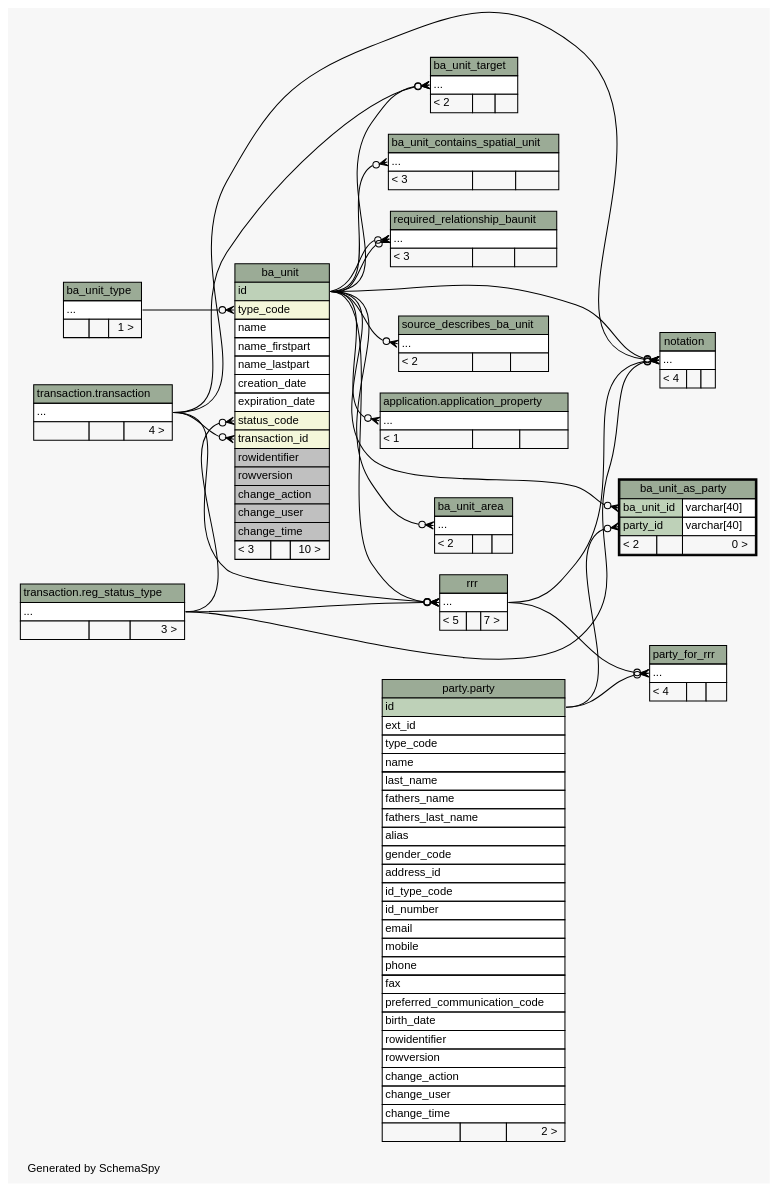
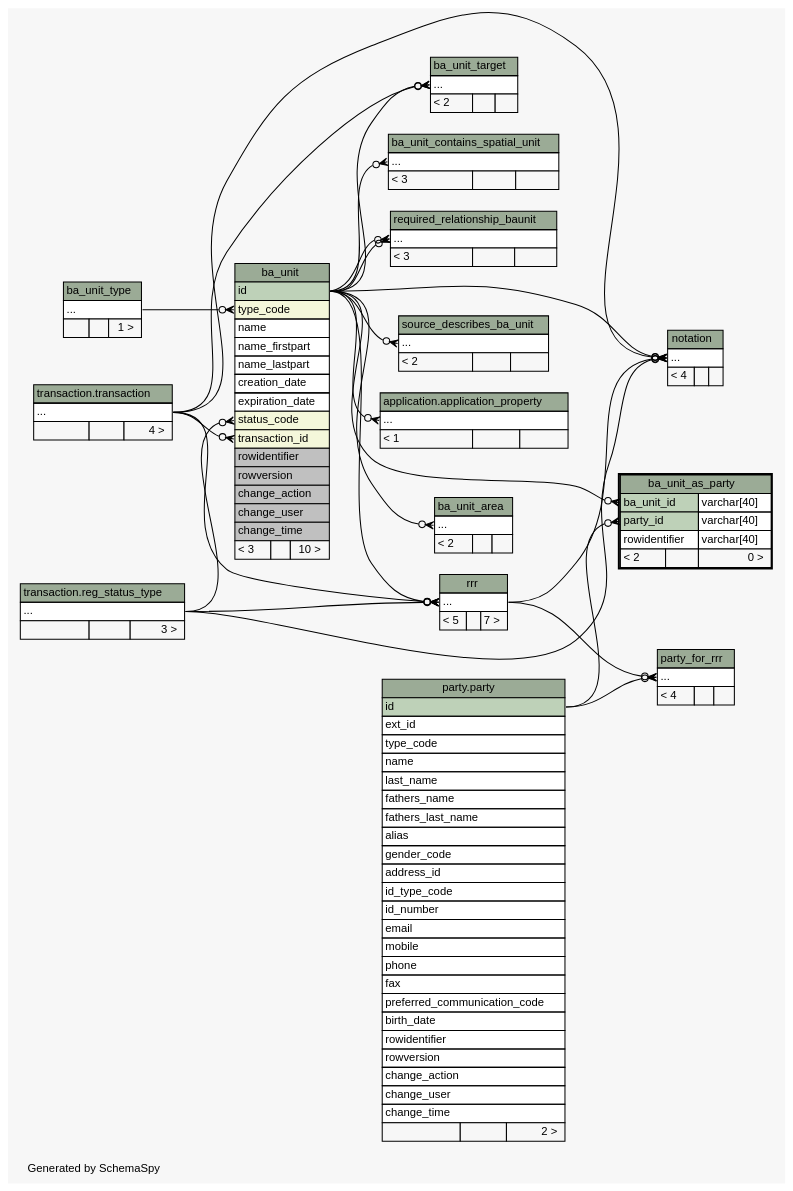
The diagram in doc/administrative/diagrams/ba_unit_as_party.2degrees.dot (SOLA-FAO/database_sola), drawn with Graphviz before and after one commit. The commit also changed 548 other files, not shown here.

```diff
--- a/doc/administrative/diagrams/ba_unit_as_party.2degrees.dot
+++ b/doc/administrative/diagrams/ba_unit_as_party.2degrees.dot
@@ -90,6 +90,7 @@
       <TR><TD COLSPAN="3" BGCOLOR="#9bab96" ALIGN="CENTER">ba_unit_as_party</TD></TR>
       <TR><TD PORT="ba_unit_id" COLSPAN="2" BGCOLOR="#bed1b8" ALIGN="LEFT">ba_unit_id</TD><TD PORT="ba_unit_id.type" ALIGN="LEFT">varchar[40]</TD></TR>
       <TR><TD PORT="party_id" COLSPAN="2" BGCOLOR="#bed1b8" ALIGN="LEFT">party_id</TD><TD PORT="party_id.type" ALIGN="LEFT">varchar[40]</TD></TR>
+      <TR><TD PORT="rowidentifier" COLSPAN="2" ALIGN="LEFT">rowidentifier</TD><TD PORT="rowidentifier.type" ALIGN="LEFT">varchar[40]</TD></TR>
       <TR><TD ALIGN="LEFT" BGCOLOR="#f7f7f7">&lt; 2</TD><TD ALIGN="RIGHT" BGCOLOR="#f7f7f7">  </TD><TD ALIGN="RIGHT" BGCOLOR="#f7f7f7">0 &gt;</TD></TR>
     </TABLE>>
     URL="ba_unit_as_party.html"
```
